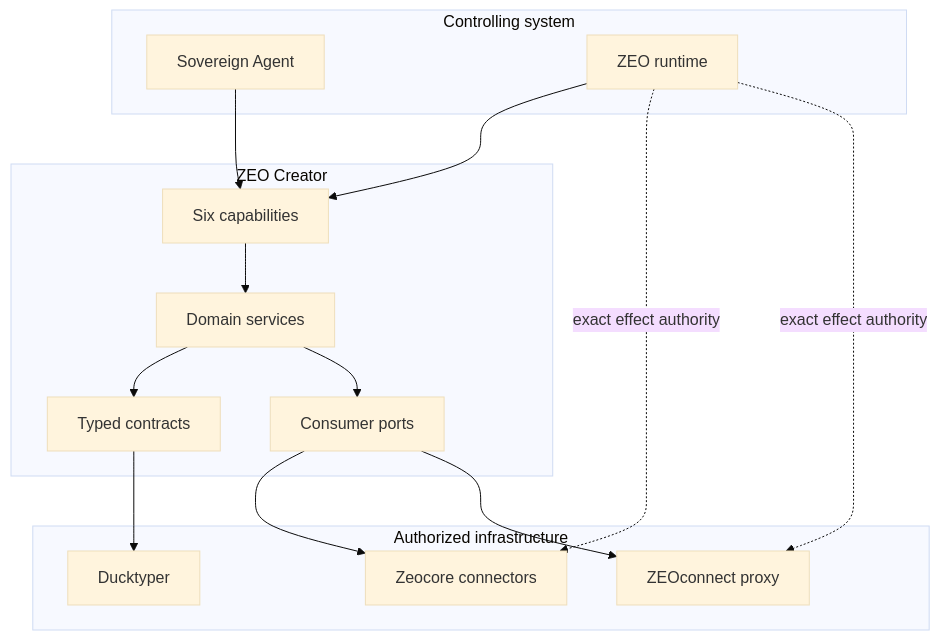
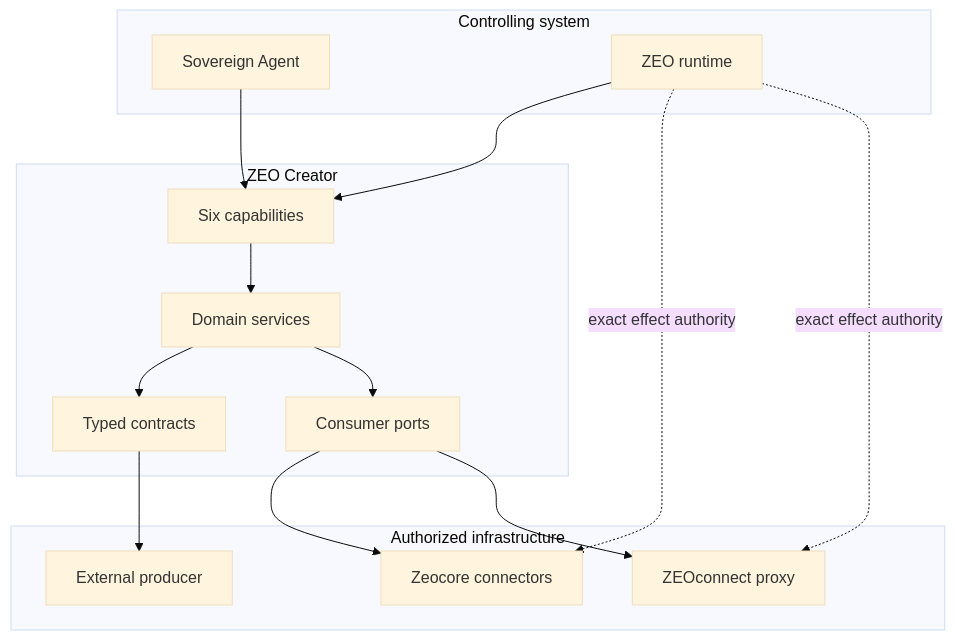
Before and after one commit to profrodai/zeocreator: the diagram in docs/concepts/architecture.md, drawn with Mermaid (base theme). The commit also changed other lines of this file and 143 other files, not shown here.

````diff
--- a/docs/concepts/architecture.md
+++ b/docs/concepts/architecture.md
@@ -6,31 +6,31 @@
 ```mermaid
 flowchart TB
     subgraph Control[Controlling system]
       SA[Sovereign Agent]
       ZR[ZEO runtime]
     end
 
     subgraph Creator[ZEO Creator]
       CAP[Six capabilities]
       SVC[Domain services]
       CON[Typed contracts]
       PORT[Consumer ports]
     end
 
     subgraph Execution[Authorized infrastructure]
       ZC[Zeocore connectors]
       ZCON[ZEOconnect proxy]
-      DT[Ducktyper]
+      PROD[External producer]
     end
 
     SA --> CAP
     ZR --> CAP
     CAP --> SVC
     SVC --> CON
     SVC --> PORT
     PORT --> ZC
     PORT --> ZCON
-    CON --> DT
+    CON --> PROD
     ZR -. exact effect authority .-> ZC
     ZR -. exact effect authority .-> ZCON
 ```
````
